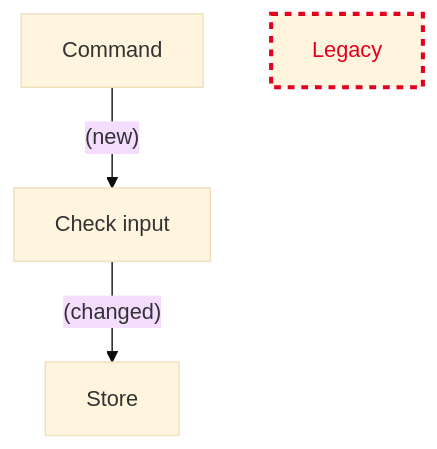
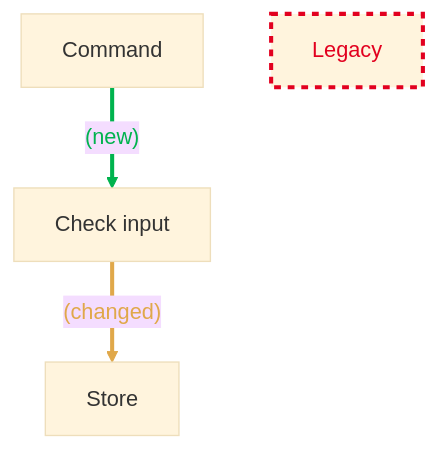
Before and after one commit to 90p-labs/harness: the second of 6 diagrams in skills/pr-open/references/visuals.md, drawn with Mermaid (base theme). The commit also changed other lines of this file and 7 other files, not shown here.

First line of the commit message:
fix: color each marked flowchart link

````diff
--- a/skills/pr-open/references/visuals.md
+++ b/skills/pr-open/references/visuals.md
@@ -28,10 +25,10 @@
 ```mermaid
 flowchart TD
-    classDef new stroke:#00b34e,stroke-width:3px,color:#00b34e
-    classDef changed stroke:#e0a84a,stroke-width:3px,color:#e0a84a
     classDef removed stroke:#e2001f,stroke-width:3px,color:#e2001f,stroke-dasharray:5 5
     cmd[Command] -->|"(new)"| check[Check input]
     check -->|"(changed)"| store[Store]
     legacy[Legacy]
     class legacy removed
+    linkStyle 0 stroke:#00b34e,stroke-width:3px,color:#00b34e
+    linkStyle 1 stroke:#e0a84a,stroke-width:3px,color:#e0a84a
 ```
````
